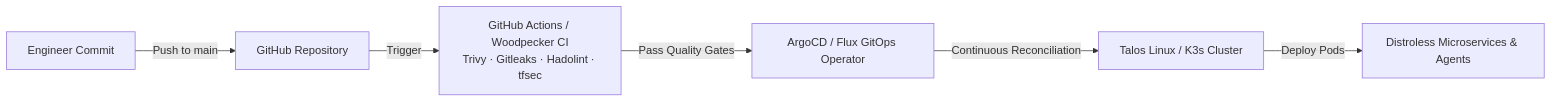
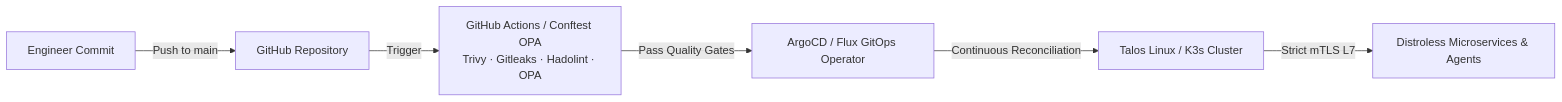
The ninth of 13 diagrams in README.md (stefanutc1/datacenter), drawn with Mermaid before and after one commit. The commit also changed other lines of this file and 18 other files, not shown here.

Commit message:
feat: add chaos engineering CI, remote S3 state with locking, OPA policy-as-code, strict Cilium mTLS, red teaming suite, and rename repo to infrastructure

````diff
--- a/README.md
+++ b/README.md
@@ -588,8 +617,8 @@
 ```mermaid
 flowchart LR
- Dev["Engineer Commit"] -->|"Push to main"| GH["GitHub Repository"]
- GH -->|"Trigger"| CI["GitHub Actions / Woodpecker CI<br/>Trivy · Gitleaks · Hadolint · tfsec"]
- CI -->|"Pass Quality Gates"| Argo["ArgoCD / Flux GitOps Operator"]
- Argo -->|"Continuous Reconciliation"| K3s["Talos Linux / K3s Cluster"]
- K3s -->|"Deploy Pods"| Workloads["Distroless Microservices & Agents"]
+    Dev["Engineer Commit"] -->|"Push to main"| GH["GitHub Repository"]
+    GH -->|"Trigger"| CI["GitHub Actions / Conftest OPA<br/>Trivy · Gitleaks · Hadolint · OPA"]
+    CI -->|"Pass Quality Gates"| Argo["ArgoCD / Flux GitOps Operator"]
+    Argo -->|"Continuous Reconciliation"| K3s["Talos Linux / K3s Cluster"]
+    K3s -->|"Strict mTLS L7"| Workloads["Distroless Microservices & Agents"]
 ```
````
